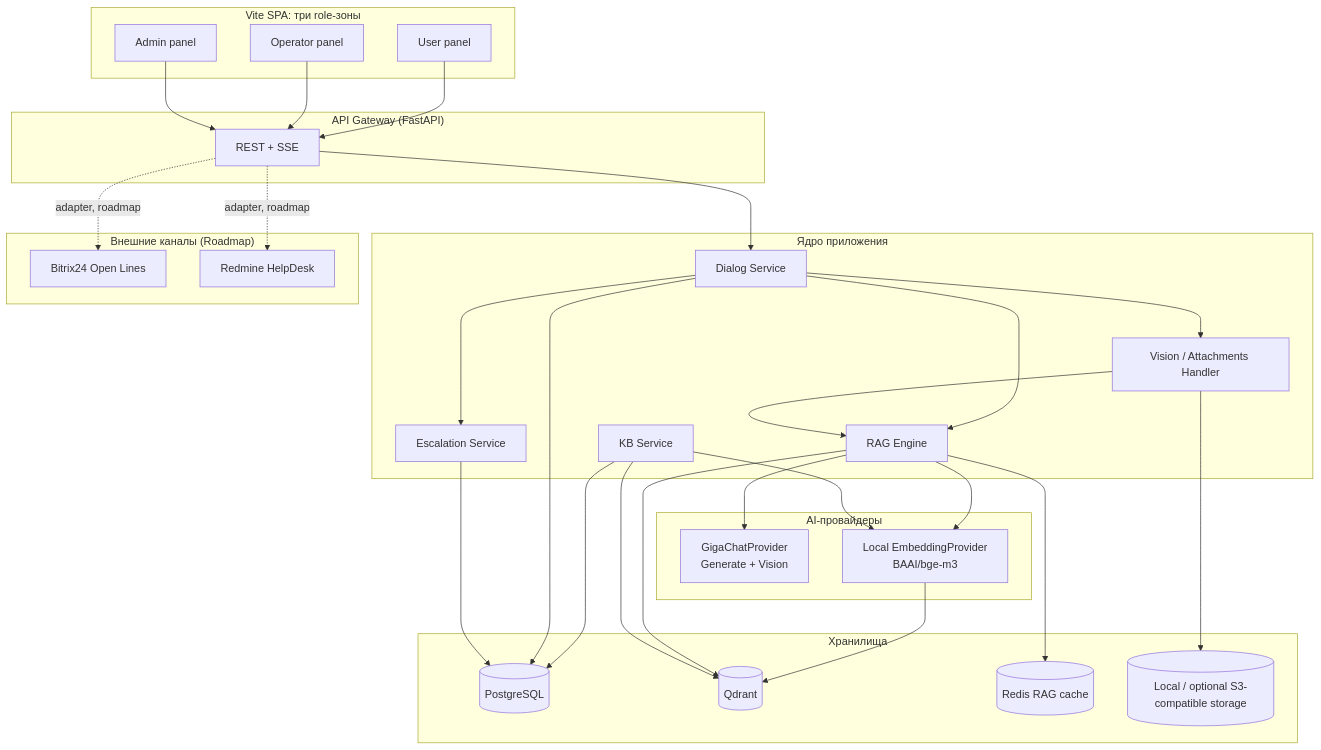
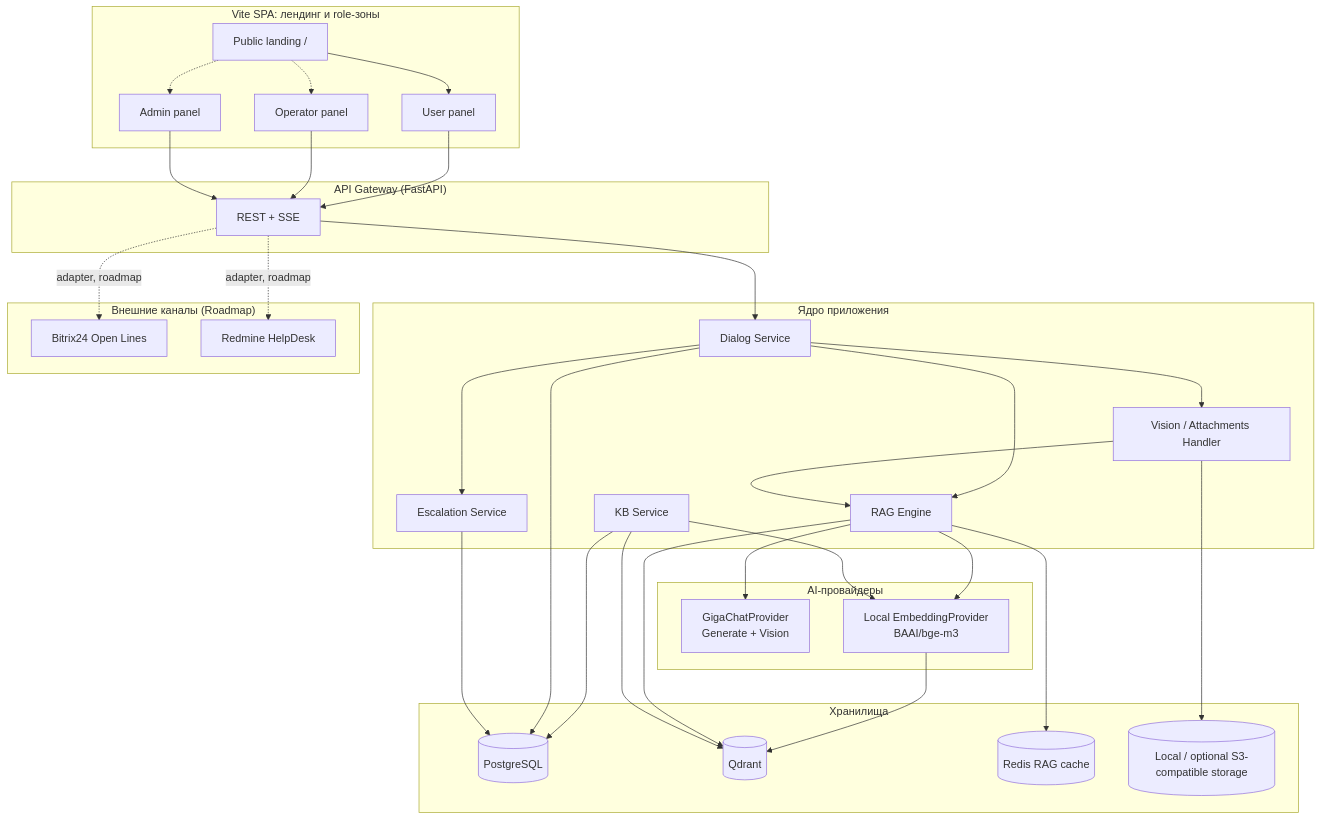
One commit to MrDoodeth/sber-molvest-hackaton changed the first of 2 diagrams in ARCHITECTURE.md. Above: the diagram before and after it, drawn with Mermaid. The commit also changed other lines of this file and 1 other file, not shown here.

Commit message:
docs: describe public landing flow

````diff
--- a/ARCHITECTURE.md
+++ b/ARCHITECTURE.md
@@ -316,63 +316,67 @@
 ```mermaid
 flowchart TB
-    subgraph CLIENT["Vite SPA: три role-зоны"]
+    subgraph CLIENT["Vite SPA: лендинг и role-зоны"]
+        LANDING["Public landing /"]
         FE["User panel"]
         OP["Operator panel"]
         ADMIN["Admin panel"]
     end
 
     subgraph GW["API Gateway (FastAPI)"]
         API["REST + SSE"]
     end
 
     subgraph CORE["Ядро приложения"]
         DIALOG["Dialog Service"]
         RAG["RAG Engine"]
         VISION["Vision / Attachments Handler"]
         ESCALATION["Escalation Service"]
         KB["KB Service"]
     end
 
     subgraph AI["AI-провайдеры"]
         GIGA["GigaChatProvider<br/>Generate + Vision"]
         EMB["Local EmbeddingProvider<br/>BAAI/bge-m3"]
     end
 
     subgraph DATA["Хранилища"]
         PG[("PostgreSQL")]
         VDB[("Qdrant")]
         REDIS[("Redis RAG cache")]
         S3[("Local / optional S3-compatible storage")]
     end
 
     subgraph EXT["Внешние каналы (Roadmap)"]
         BITRIX["Bitrix24 Open Lines"]
         REDMINE["Redmine HelpDesk"]
     end
 
+    LANDING --> FE
+    LANDING -.-> OP
+    LANDING -.-> ADMIN
     FE --> API
     OP --> API
     ADMIN --> API
     API --> DIALOG
     DIALOG --> RAG
     DIALOG --> VISION
     DIALOG --> ESCALATION
 
     VISION --> RAG
     RAG --> EMB
     EMB --> VDB
     RAG --> VDB
     RAG --> REDIS
     RAG --> GIGA
 
     KB --> EMB
     KB --> VDB
     KB --> PG
 
     DIALOG --> PG
     ESCALATION --> PG
     VISION --> S3
 
     API -.->|adapter, roadmap| BITRIX
     API -.->|adapter, roadmap| REDMINE
 ```
````
